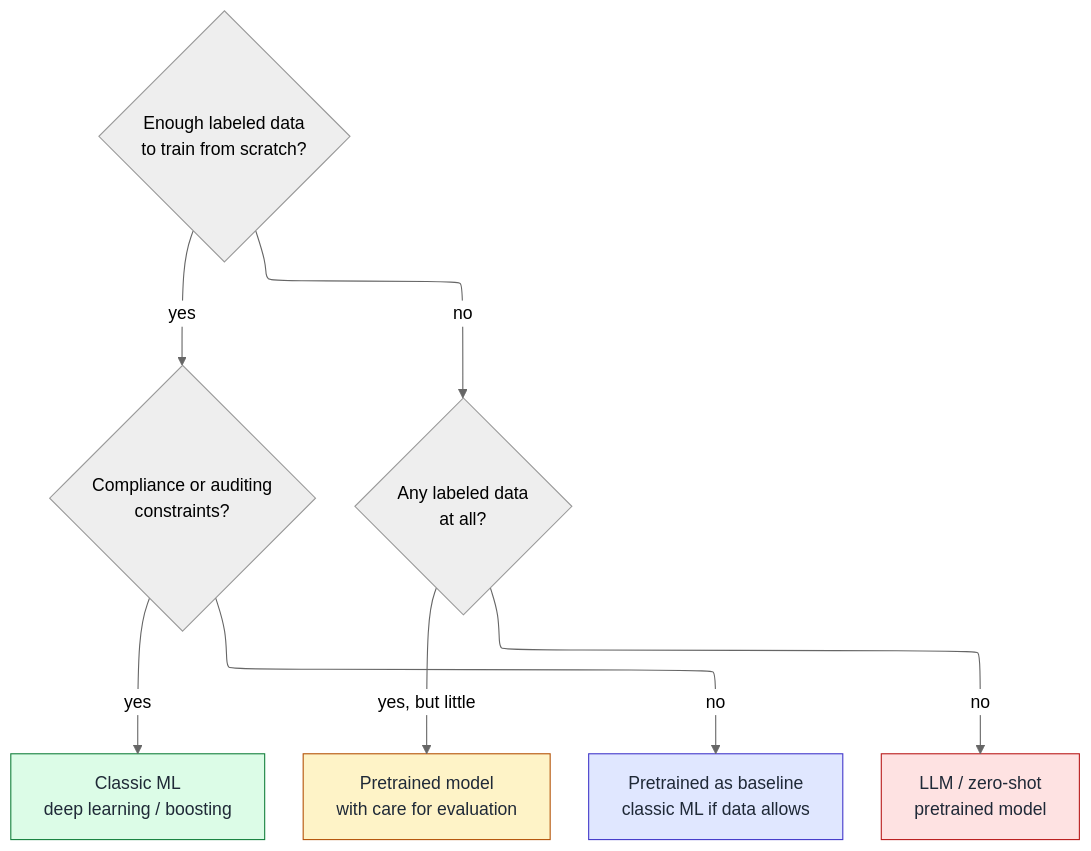
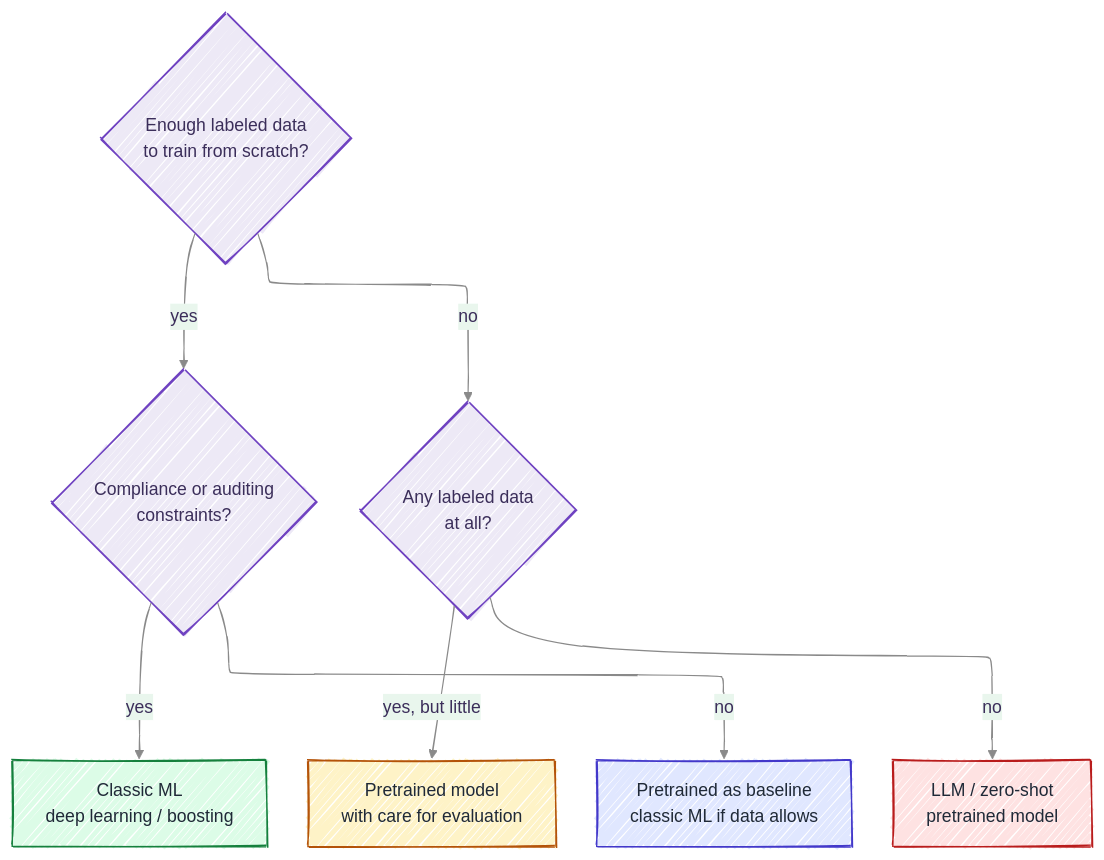
The fourth of 4 diagrams in blog/posts/evaluation/index.qmd (maltenlz/maltenlz.github.io), drawn with Mermaid before and after one commit. The commit also changed other lines of this file and 3 other files, not shown here.

First line of the commit message:
Add workflow/agent diagrams and copy-edit blog posts

````diff
--- a/blog/posts/evaluation/index.qmd
+++ b/blog/posts/evaluation/index.qmd
@@ -287,29 +308,36 @@
 ```{mermaid}
 %%| label: fig-rubric
 %%| fig-cap: "When to reach for a pretrained model and when classic ML is the better option. ML should still be the default if data and project constraints allow."
 ---
 config:
-  theme: neutral
+  look: handDrawn
+  theme: base
   layout: elk
+  themeVariables:
+    primaryColor: "#ede9f6"
+    primaryBorderColor: "#6f42c1"
+    primaryTextColor: "#3b2e5a"
+    lineColor: "#8a8a8a"
+    fontFamily: inherit
 ---
 flowchart TD
     Q1{Enough labeled data <br> to train from scratch?}
     Q2{Compliance or auditing <br> constraints?}
     Q3{Any labeled data <br> at all?}
     CLASS[Classic ML <br> deep learning / boosting]
     PRE[Pretrained model <br> with care for evaluation]
     HYBRID[Pretrained as baseline <br> classic ML if data allows]
     LLM[LLM / zero-shot <br> pretrained model]
 
     Q1 -->|yes| Q2
     Q1 -->|no| Q3
     Q2 -->|yes| CLASS
     Q2 -->|no| HYBRID
     Q3 -->|yes, but little| PRE
     Q3 -->|no| LLM
 
     style CLASS fill:#dcfce7,stroke:#15803d,color:#1f2937
     style PRE fill:#fef3c7,stroke:#b45309,color:#1f2937
     style HYBRID fill:#e0e7ff,stroke:#4338ca,color:#1f2937
     style LLM fill:#fee2e2,stroke:#b91c1c,color:#1f2937
 ```
````
